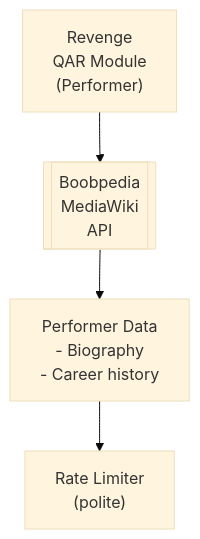
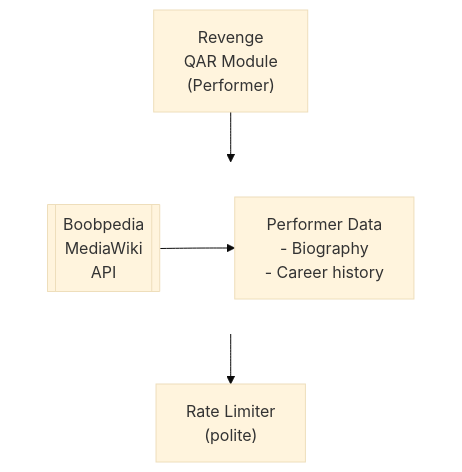
One commit to lusoris/revenge changed the diagram in docs/dev/design/integrations/wiki/adult/BOOBPEDIA.md. Above: the diagram before and after it, drawn with Mermaid (base theme). The commit also changed 210 other files, not shown here.

First line of the commit message:
feat(docs): Add horizontal layout support for Mermaid diagrams

````diff
--- a/docs/dev/design/integrations/wiki/adult/BOOBPEDIA.md
+++ b/docs/dev/design/integrations/wiki/adult/BOOBPEDIA.md
@@ -57,10 +57,16 @@
 ```mermaid
 flowchart TD
     node1["Revenge<br/>QAR Module<br/>(Performer)"]
-    node2[["Boobpedia<br/>MediaWiki<br/>API"]]
-    node3["Performer Data<br/>- Biography<br/>- Career history"]
+    subgraph row1[ ]
+        direction LR
+        node2[["Boobpedia<br/>MediaWiki<br/>API"]]
+        node3["Performer Data<br/>- Biography<br/>- Career history"]
+    end
     node4["Rate Limiter<br/>(polite)"]
     node2 --> node3
     node1 --> node2
     node3 --> node4
+
+    %% Hide row subgraph borders
+    style row1 fill:transparent,stroke:transparent
 ```
````
